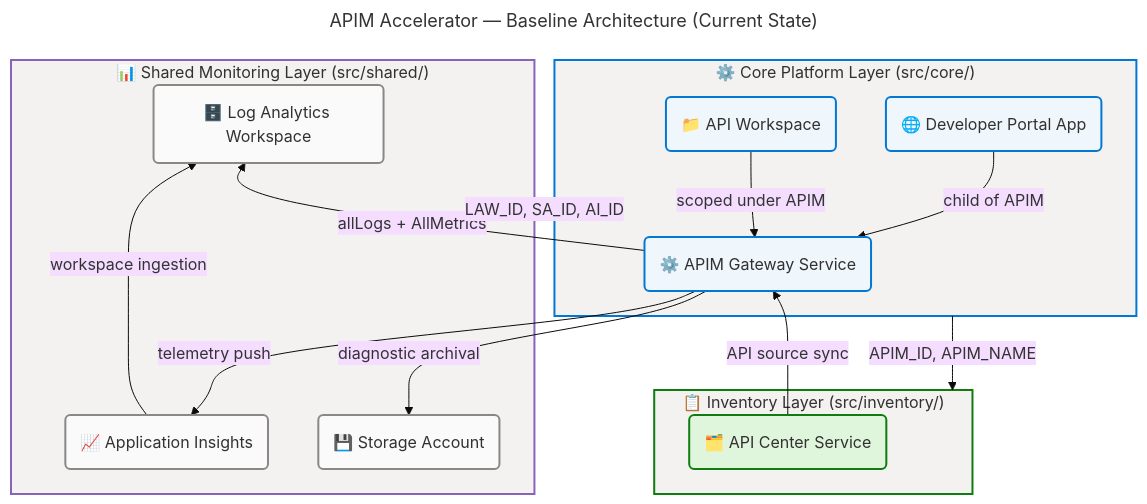
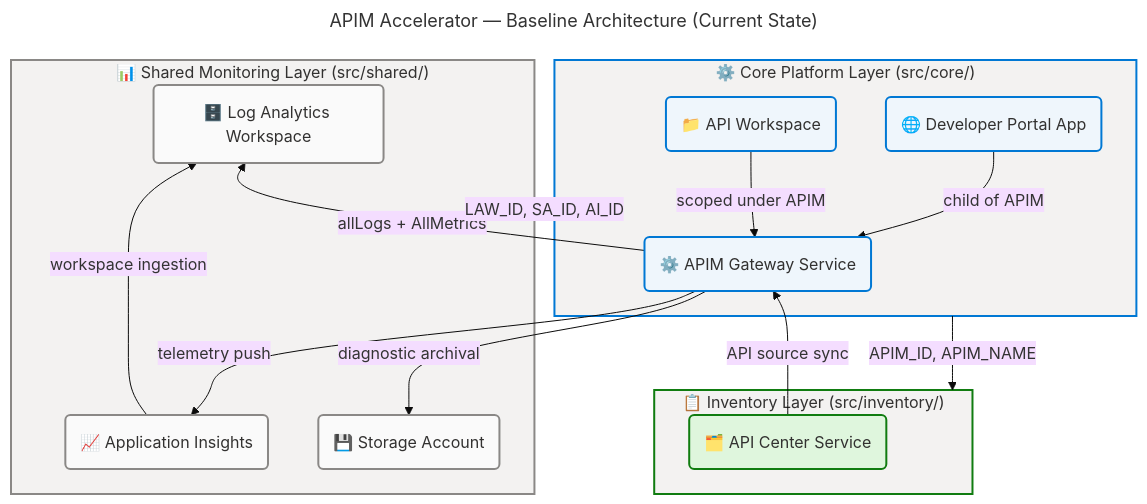
Before and after one commit to Evilazaro/APIM-Accelerator: the fifth of 8 diagrams in docs/architecture/application-architecture.md, drawn with Mermaid. The commit also changed other lines of this file, not shown here.

Commit message:
style: update color codes in flowchart for consistency and improved readability

````diff
--- a/docs/architecture/application-architecture.md
+++ b/docs/architecture/application-architecture.md
@@ -502,61 +502,61 @@
 ```mermaid
 ---
 title: "APIM Accelerator — Baseline Architecture (Current State)"
 config:
   theme: base
   look: classic
   layout: dagre
   themeVariables:
     fontSize: '16px'
   flowchart:
     htmlLabels: true
 ---
 flowchart TB
     accTitle: APIM Accelerator Baseline Architecture Current State
     accDescr: Current state baseline architecture showing all seven deployed services across the three module layers with their dependency relationships and protocol connections
 
     %% ═══════════════════════════════════════════════════════════════════════════
     %% AZURE / FLUENT ARCHITECTURE PATTERN v1.1
     %% (Semantic + Structural + Font + Accessibility Governance)
     %% ═══════════════════════════════════════════════════════════════════════════
     %% PHASE 1 - FLUENT UI: All styling uses approved Fluent UI palette only
     %% PHASE 2 - GROUPS: Every subgraph has semantic color via style directive
     %% PHASE 3 - COMPONENTS: Every node has semantic classDef + icon prefix
     %% PHASE 4 - ACCESSIBILITY: accTitle/accDescr present, WCAG AA contrast
     %% PHASE 5 - STANDARD: Governance block present, classDefs centralized
     %% ═══════════════════════════════════════════════════════════════════════════
 
     subgraph SHARED_LAYER["📊 Shared Monitoring Layer (src/shared/)"]
         LAW("🗄️ Log Analytics Workspace"):::neutral
         APPINS("📈 Application Insights"):::neutral
         SA("💾 Storage Account"):::neutral
     end
 
     subgraph CORE_LAYER["⚙️ Core Platform Layer (src/core/)"]
         APIM("⚙️ APIM Gateway Service"):::core
         PORTAL("🌐 Developer Portal App"):::core
         WS("📁 API Workspace"):::core
     end
 
     subgraph INV_LAYER["📋 Inventory Layer (src/inventory/)"]
         APIC("🗂️ API Center Service"):::success
     end
 
     SHARED_LAYER -->|"LAW_ID, SA_ID, AI_ID"| CORE_LAYER
     CORE_LAYER -->|"APIM_ID, APIM_NAME"| INV_LAYER
     APIM -->|"allLogs + AllMetrics"| LAW
     APIM -->|"telemetry push"| APPINS
     APIM -->|"diagnostic archival"| SA
     APPINS -->|"workspace ingestion"| LAW
     PORTAL -->|"child of APIM"| APIM
     WS -->|"scoped under APIM"| APIM
     APIC -->|"API source sync"| APIM
 
     classDef neutral fill:#FAFAFA,stroke:#8A8886,stroke-width:2px,color:#323130
     classDef core fill:#EFF6FC,stroke:#0078D4,stroke-width:2px,color:#323130
     classDef success fill:#DFF6DD,stroke:#107C10,stroke-width:2px,color:#323130
 
-    style SHARED_LAYER fill:#F3F2F1,stroke:#8764B8,stroke-width:2px,color:#323130
+    style SHARED_LAYER fill:#F3F2F1,stroke:#8A8886,stroke-width:2px,color:#323130
     style CORE_LAYER fill:#F3F2F1,stroke:#0078D4,stroke-width:2px,color:#323130
     style INV_LAYER fill:#F3F2F1,stroke:#107C10,stroke-width:2px,color:#323130
 ```
````
